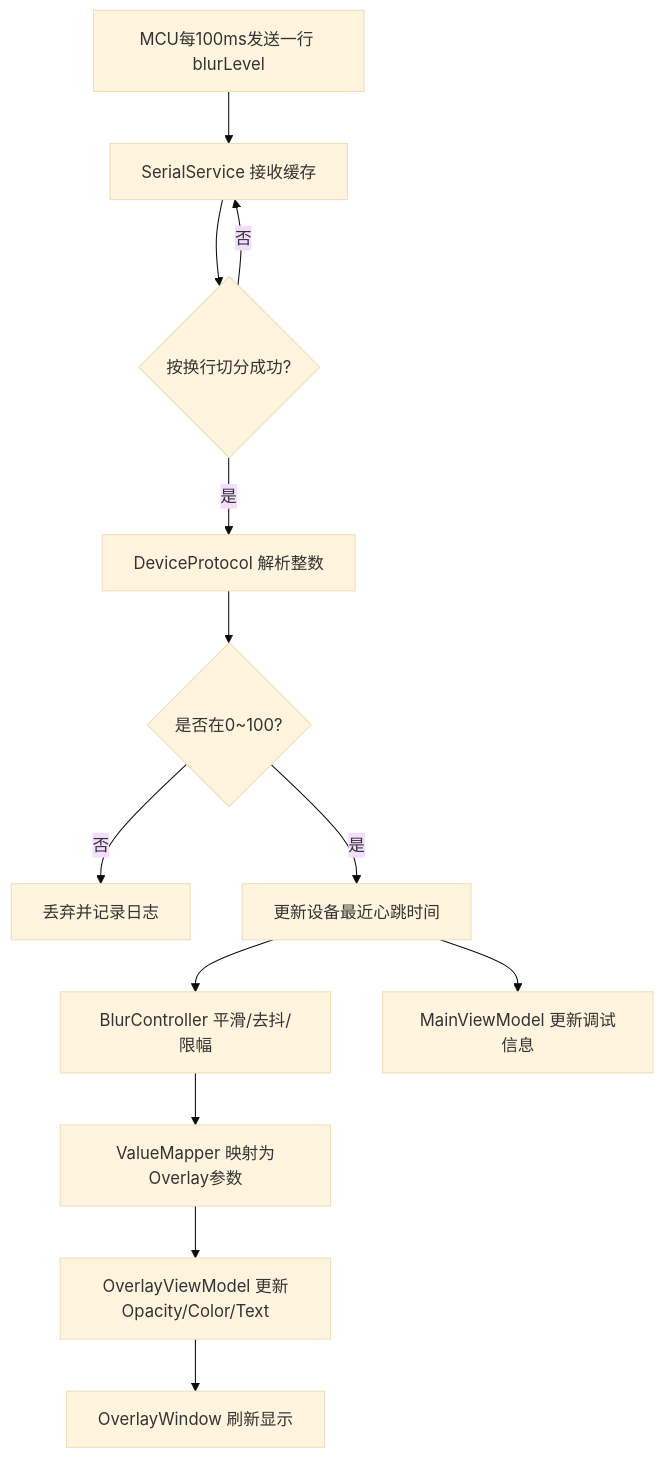
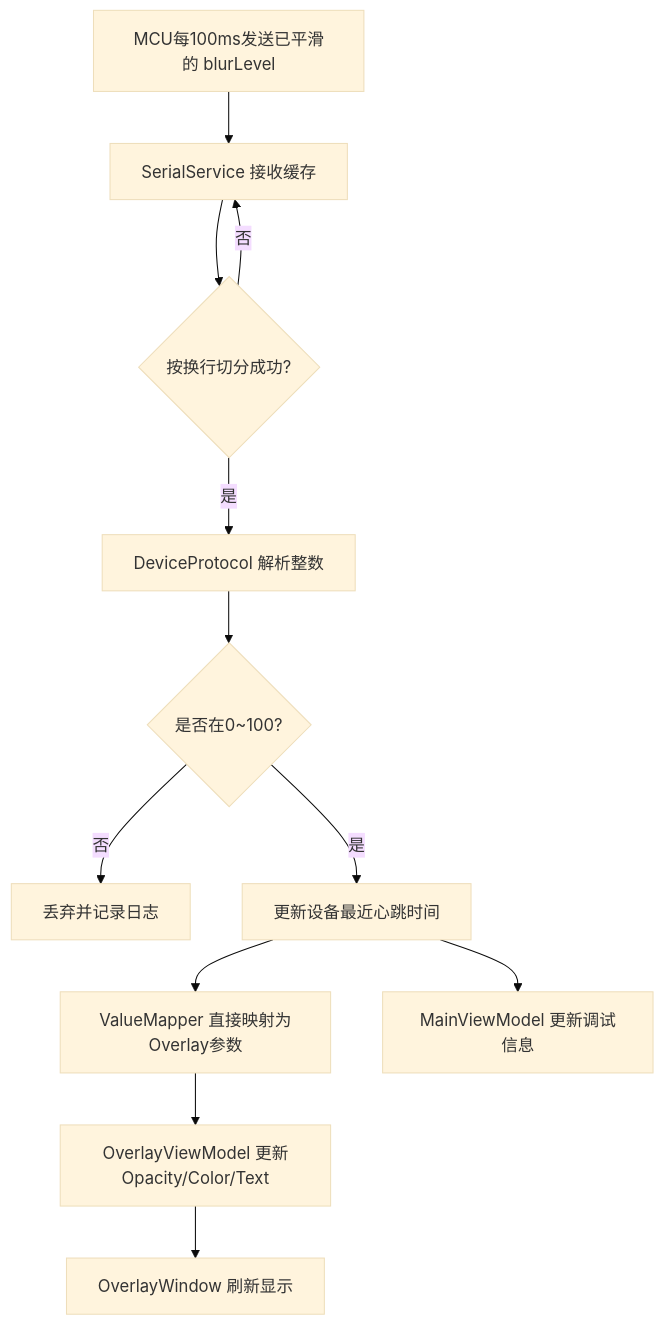
The second of 5 diagrams in docs/坐姿矫正仪开发计划.md (STU-MS/SitRight), drawn with Mermaid (base theme) before and after one commit. The commit also changed other lines of this file and 4 other files, not shown here.

First line of the commit message:
docs(plans): 将平滑算法移至硬件端，移除 BlurController 设计

````diff
--- a/docs/坐姿矫正仪开发计划.md
+++ b/docs/坐姿矫正仪开发计划.md
@@ -83,15 +82,14 @@
 ```mermaid
 flowchart TD
-    A[MCU每100ms发送一行 blurLevel] --> B[SerialService 接收缓存]
+    A[MCU每100ms发送已平滑的 blurLevel] --> B[SerialService 接收缓存]
     B --> C{按换行切分成功?}
     C -- 否 --> B
     C -- 是 --> D[DeviceProtocol 解析整数]
     D --> E{是否在0~100?}
     E -- 否 --> F[丢弃并记录日志]
     E -- 是 --> G[更新设备最近心跳时间]
-    G --> H[BlurController 平滑/去抖/限幅]
-    H --> I[ValueMapper 映射为Overlay参数]
-    I --> J[OverlayViewModel 更新Opacity/Color/Text]
-    J --> K[OverlayWindow 刷新显示]
-    G --> L[MainViewModel 更新调试信息]
+    G --> H[ValueMapper 直接映射为Overlay参数]
+    H --> I[OverlayViewModel 更新Opacity/Color/Text]
+    I --> J[OverlayWindow 刷新显示]
+    G --> K[MainViewModel 更新调试信息]
 ```
````
